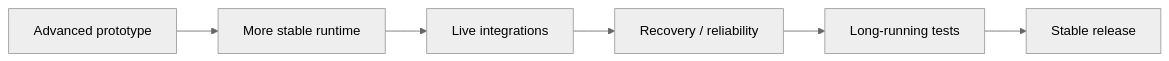
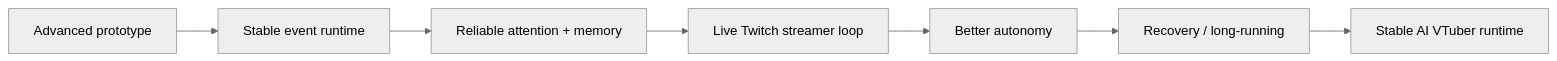
One commit to Agro4221/Vexa changed the sixth of 6 diagrams in README.md. Above: the diagram before and after it, drawn with Mermaid (neutral theme). The commit also changed other lines of this file, not shown here.

```diff
--- a/README.md
+++ b/README.md
@@ -188,8 +312,9 @@
 ~~~mermaid
 flowchart LR
-    A["Advanced prototype"] --> B["More stable runtime"]
-    B --> C["Live integrations"]
-    C --> D["Recovery / reliability"]
-    D --> E["Long-running tests"]
-    E --> F["Stable release"]
+    A["Advanced prototype"] --> B["Stable event runtime"]
+    B --> C["Reliable attention + memory"]
+    C --> D["Live Twitch streamer loop"]
+    D --> E["Better autonomy"]
+    E --> F["Recovery / long-running"]
+    F --> G["Stable AI VTuber runtime"]
 ~~~
```
